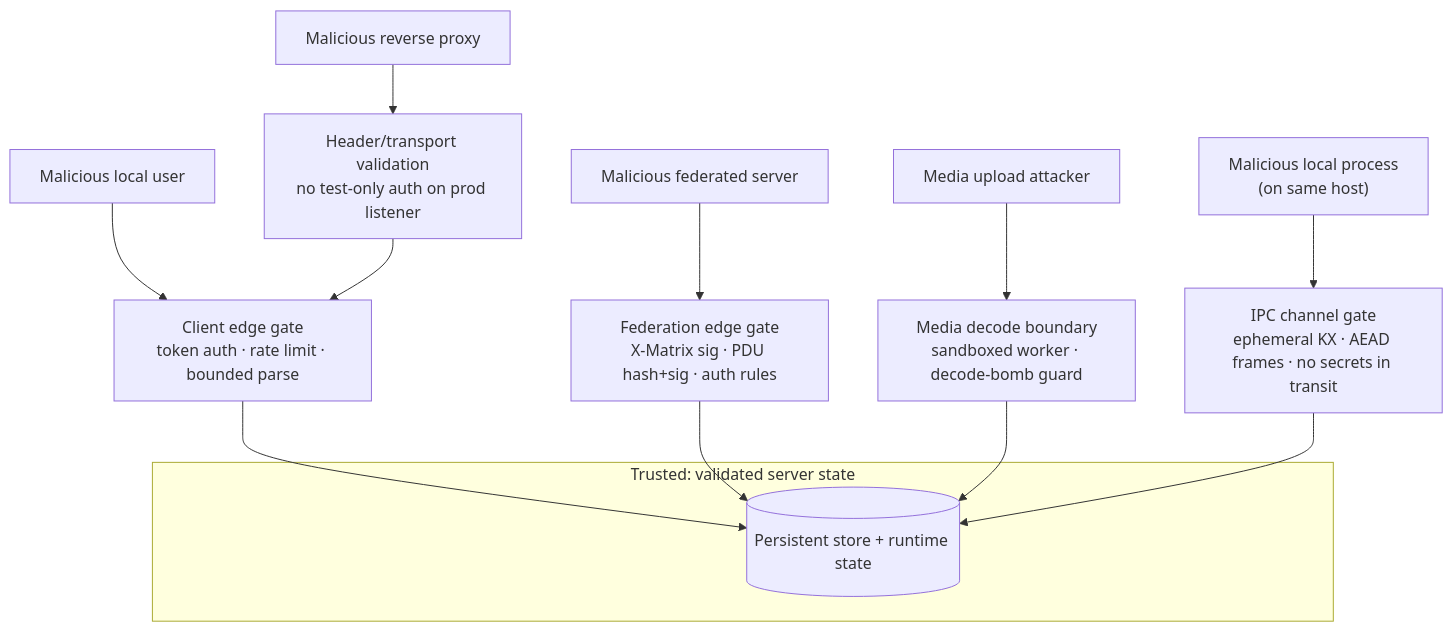
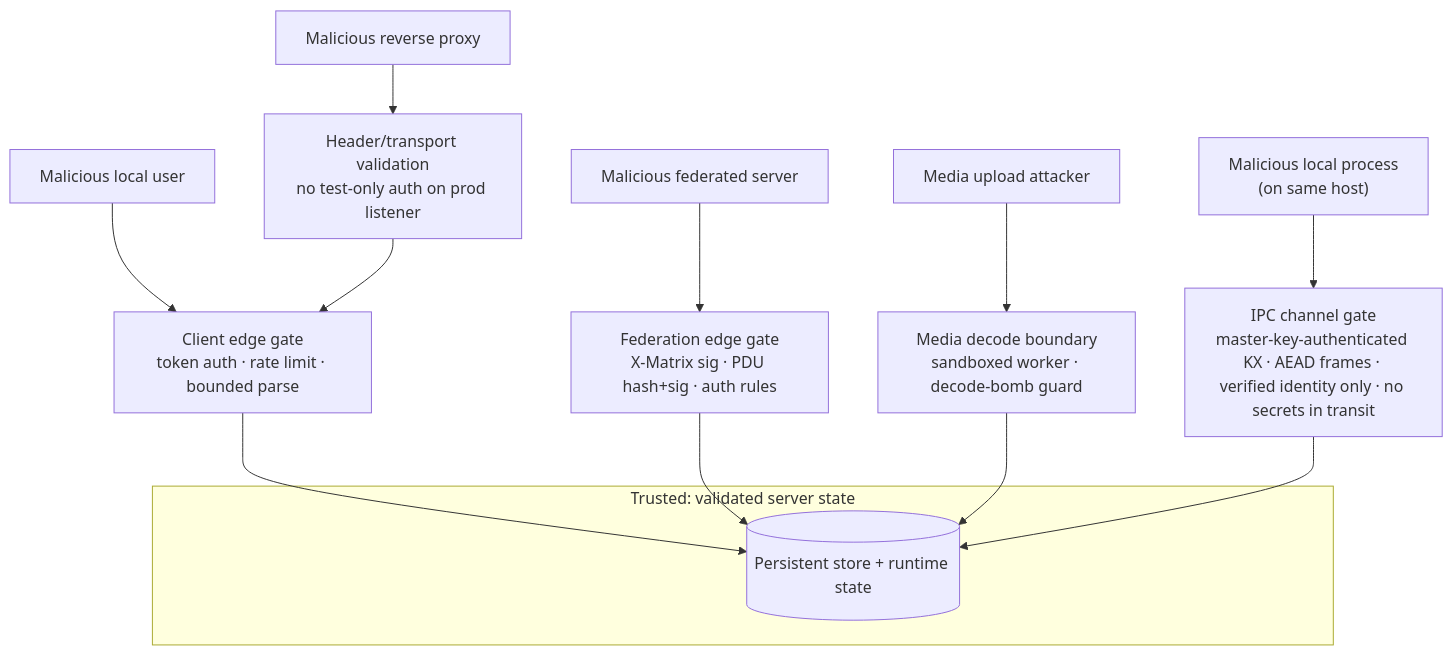
Before and after one commit to OMG-Software/Merovingian: the diagram in docs/threat-model.md, drawn with Mermaid. The commit also changed other lines of this file and 78 other files, not shown here.

First line of the commit message:
fix(security): harden federation-worker IPC boundary and key separation (v0.10.9) (#339)

````diff
--- a/docs/threat-model.md
+++ b/docs/threat-model.md
@@ -35,24 +35,24 @@
 ```mermaid
 flowchart TB
     localuser["Malicious local user"]
     peer["Malicious federated server"]
     proxy["Malicious reverse proxy"]
     uploader["Media upload attacker"]
     localproc["Malicious local process<br/>(on same host)"]
 
     subgraph trusted["Trusted: validated server state"]
         state[("Persistent store + runtime state")]
     end
 
     clientgate["Client edge gate<br/>token auth · rate limit · bounded parse"]
     fedgate["Federation edge gate<br/>X-Matrix sig · PDU hash+sig · auth rules"]
     headergate["Header/transport validation<br/>no test-only auth on prod listener"]
     mediagate["Media decode boundary<br/>sandboxed worker · decode-bomb guard"]
-    ipcgate["IPC channel gate<br/>ephemeral KX · AEAD frames · no secrets in transit"]
+    ipcgate["IPC channel gate<br/>master-key-authenticated KX · AEAD frames · verified identity only · no secrets in transit"]
 
     localuser --> clientgate --> state
     peer --> fedgate --> state
     proxy --> headergate --> clientgate
     uploader --> mediagate --> state
     localproc --> ipcgate --> state
 ```
````
